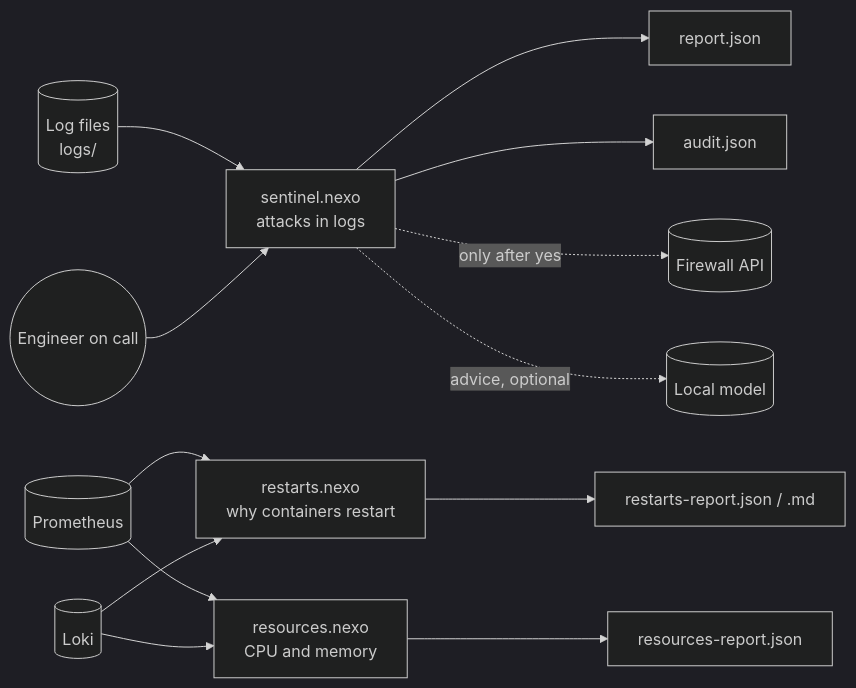
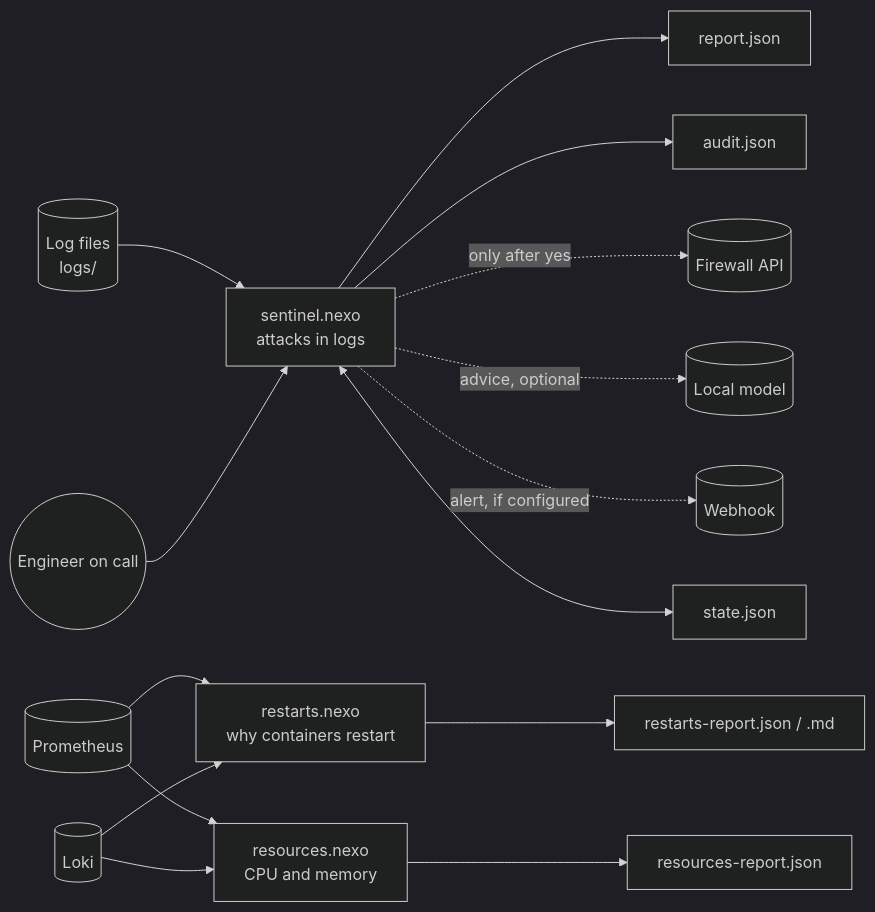
One commit to marcrabadan/nexo changed the first of 3 diagrams in examples/sentinel/ARCHITECTURE.md. Above: the diagram before and after it, drawn with Mermaid (dark theme). The commit also changed other lines of this file and 9 other files, not shown here.

````diff
--- a/examples/sentinel/ARCHITECTURE.md
+++ b/examples/sentinel/ARCHITECTURE.md
@@ -8,15 +8,17 @@
 ```mermaid
 flowchart LR
     logs[(Log files<br>logs/)] --> sentinel
     prom[(Prometheus)] --> restarts
     prom --> resources
     loki[(Loki)] --> restarts
     loki --> resources
     sentinel[sentinel.nexo<br>attacks in logs] --> report[report.json]
     sentinel --> audit[audit.json]
     sentinel -. only after yes .-> firewall[(Firewall API)]
     sentinel -. advice, optional .-> model[(Local model)]
+    sentinel -. alert, if configured .-> hook[(Webhook)]
+    sentinel <--> state[state.json]
     restarts[restarts.nexo<br>why containers restart] --> rr[restarts-report.json / .md]
     resources[resources.nexo<br>CPU and memory] --> res[resources-report.json]
     person((Engineer on call)) --> sentinel
 ```
````
